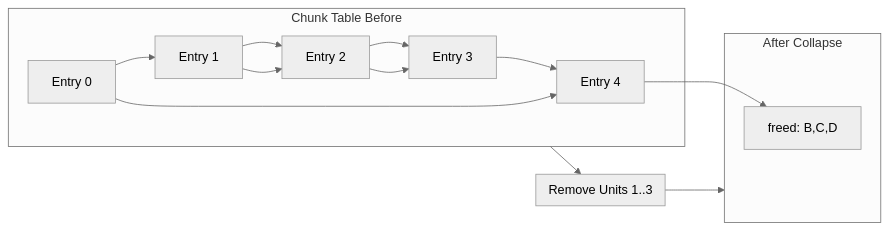
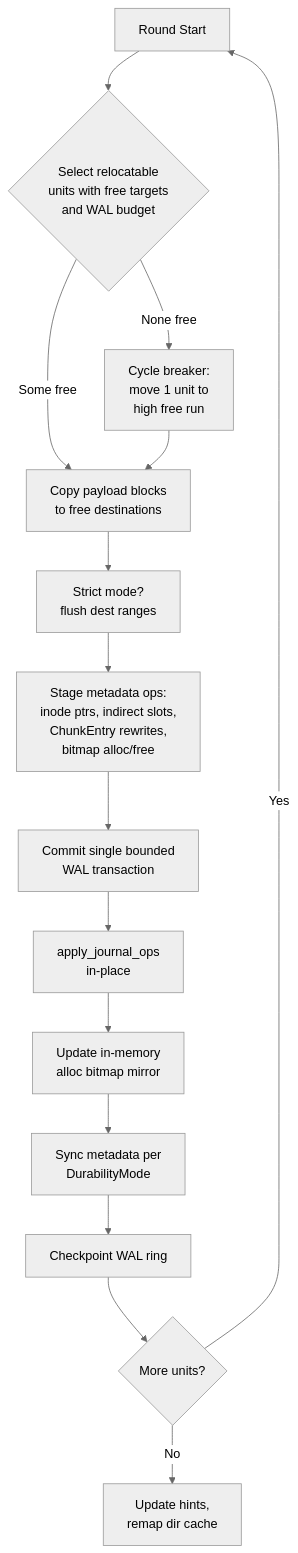
One commit to ych/oifs changed the second of 2 diagrams in openwiki/architecture/defragmentation.md. Above: the diagram before and after it, drawn with Mermaid (neutral theme). The commit also changed other lines of this file and 55 other files, not shown here.

````diff
--- a/openwiki/architecture/defragmentation.md
+++ b/openwiki/architecture/defragmentation.md
@@ -166,13 +129,17 @@
 ```mermaid
-flowchart LR
-    subgraph Table[Chunk Table Before]
-        A[Entry 0] --> B[Entry 1] --> C[Entry 2] --> D[Entry 3] --> E[Entry 4]
-    end
-    subgraph Remove[Remove Units 1..3]
-        B --> C --> D
-    end
-    subgraph Result[After Collapse]
-        A --> E --> F[freed: B,C,D]
-    end
-    Table --> Remove --> Result
+flowchart TD
+    A[Round Start] --> B{Select relocatable<br/>units with free targets<br/>and WAL budget}
+    B -->|None free| C[Cycle breaker:<br/>move 1 unit to<br/>high free run]
+    B -->|Some free| D[Copy payload blocks<br/>to free destinations]
+    C --> D
+    D --> E[Strict mode?<br/>flush dest ranges]
+    E --> F[Stage metadata ops:<br/>inode ptrs, indirect slots,<br/>ChunkEntry rewrites,<br/>bitmap alloc/free]
+    F --> G[Commit single bounded<br/>WAL transaction]
+    G --> H[apply_journal_ops<br/>in-place]
+    H --> I[Update in-memory<br/>alloc bitmap mirror]
+    I --> J[Sync metadata per<br/>DurabilityMode]
+    J --> K[Checkpoint WAL ring]
+    K --> L{More units?}
+    L -->|Yes| A
+    L -->|No| M[Update hints,<br/>remap dir cache]
 ```
````
